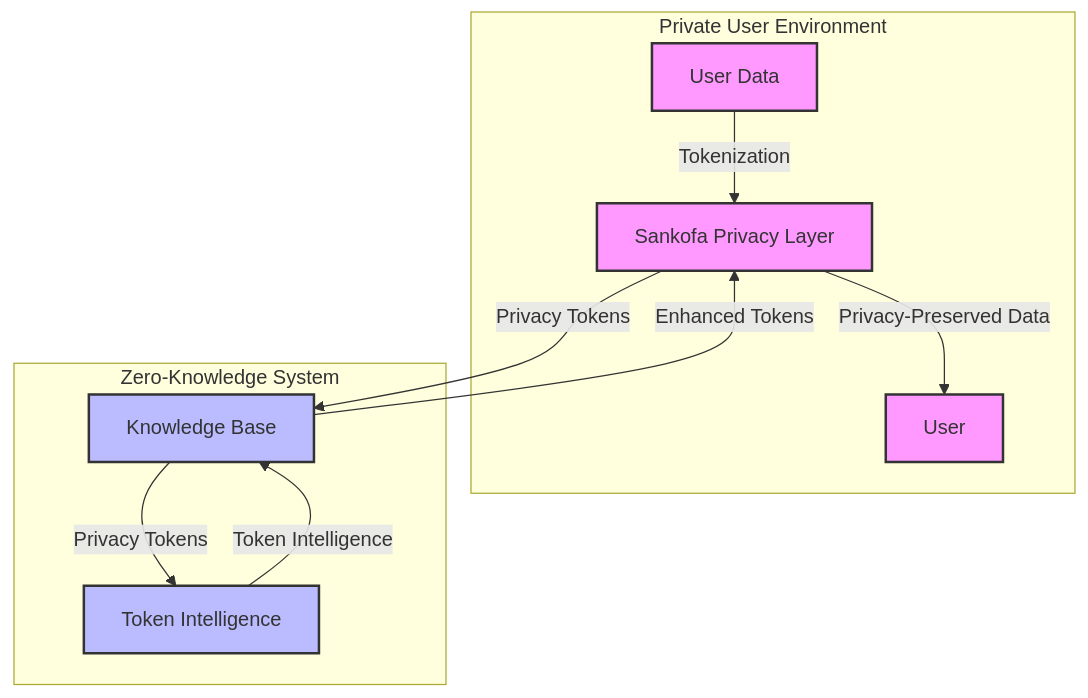
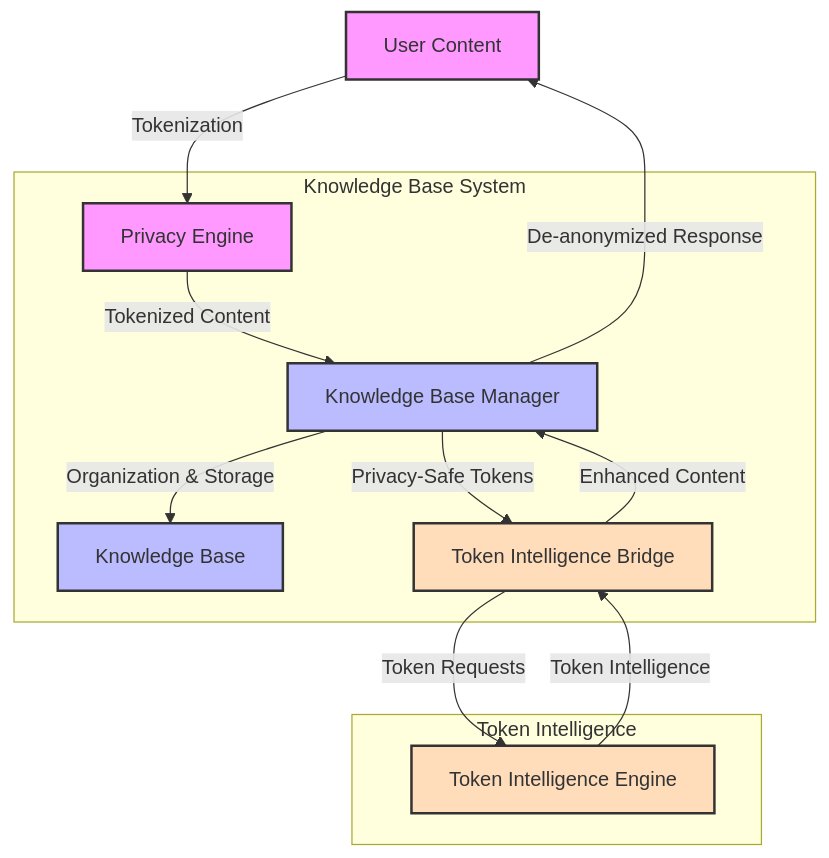
One commit to taiscoding/knowledge-base-system changed the first of 2 diagrams in docs/privacy_design.md. Above: the diagram before and after it, drawn with Mermaid. The commit also changed other lines of this file and 2 other files, not shown here.

Commit message:
Update documentation to reflect integrated privacy approach

````diff
--- a/docs/privacy_design.md
+++ b/docs/privacy_design.md
@@ -11,25 +11,31 @@
 ```mermaid
 graph TD
-    A[User Data] -->|Tokenization| B[Sankofa Privacy Layer]
-    B -->|Privacy Tokens| C[Knowledge Base]
-    C -->|Privacy Tokens| D[Token Intelligence]
-    D -->|Token Intelligence| C
-    C -->|Enhanced Tokens| B
-    B -->|Privacy-Preserved Data| E[User]
+    A[User Content] -->|Tokenization| B[Privacy Engine]
+    B -->|Tokenized Content| C[Knowledge Base Manager]
     
-    subgraph "Private User Environment"
-    A
+    C -->|Organization & Storage| D[Knowledge Base]
+    C -->|Privacy-Safe Tokens| E[Token Intelligence Bridge]
+    E -->|Token Requests| F[Token Intelligence Engine]
+    
+    F -->|Token Intelligence| E
+    E -->|Enhanced Content| C
+    C -->|De-anonymized Response| A
+    
+    subgraph "Knowledge Base System"
     B
+    C
+    D
     E
     end
     
-    subgraph "Zero-Knowledge System"
-    C
-    D
+    subgraph "Token Intelligence"
+    F
     end
     
-    classDef private fill:#f9f,stroke:#333,stroke-width:2px
-    classDef zeroknowledge fill:#bbf,stroke:#333,stroke-width:2px
-    class A,B,E private
-    class C,D zeroknowledge
+    classDef privacy fill:#f9f,stroke:#333,stroke-width:2px
+    classDef knowledge fill:#bbf,stroke:#333,stroke-width:2px
+    classDef intel fill:#fdb,stroke:#333,stroke-width:2px
+    class A,B privacy
+    class C,D knowledge
+    class E,F intel
 ```
````
